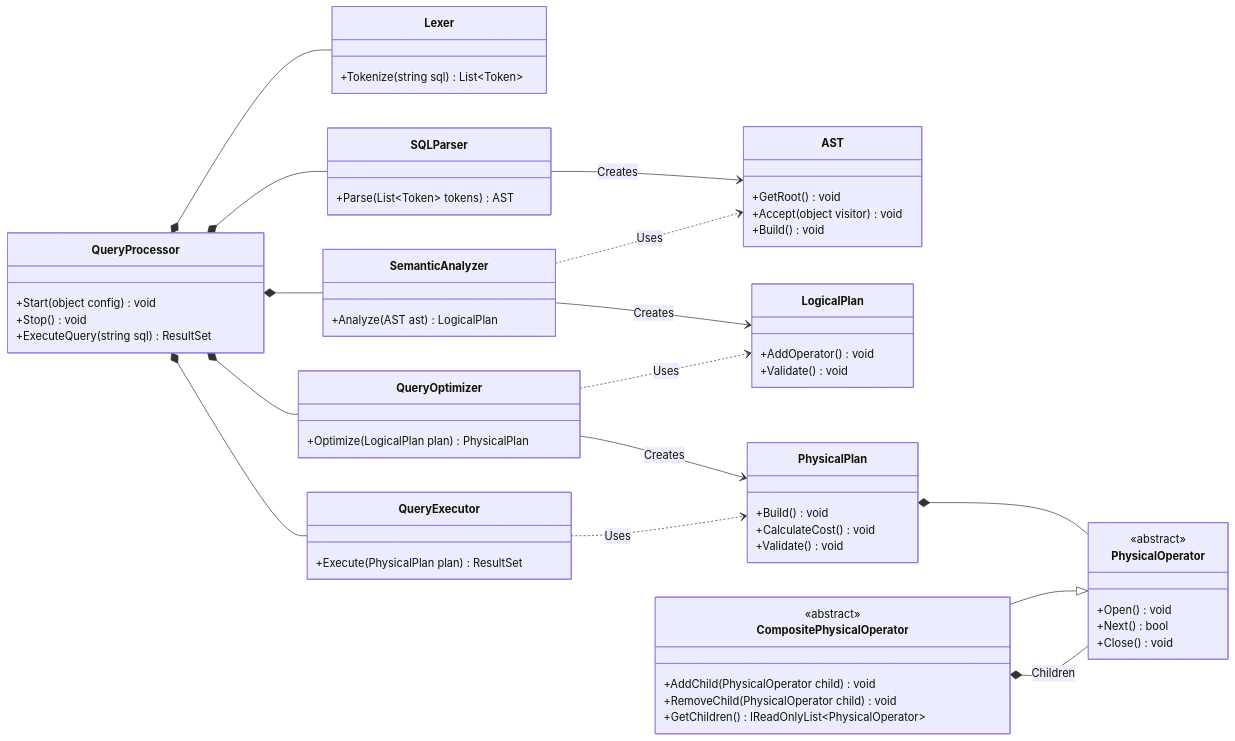
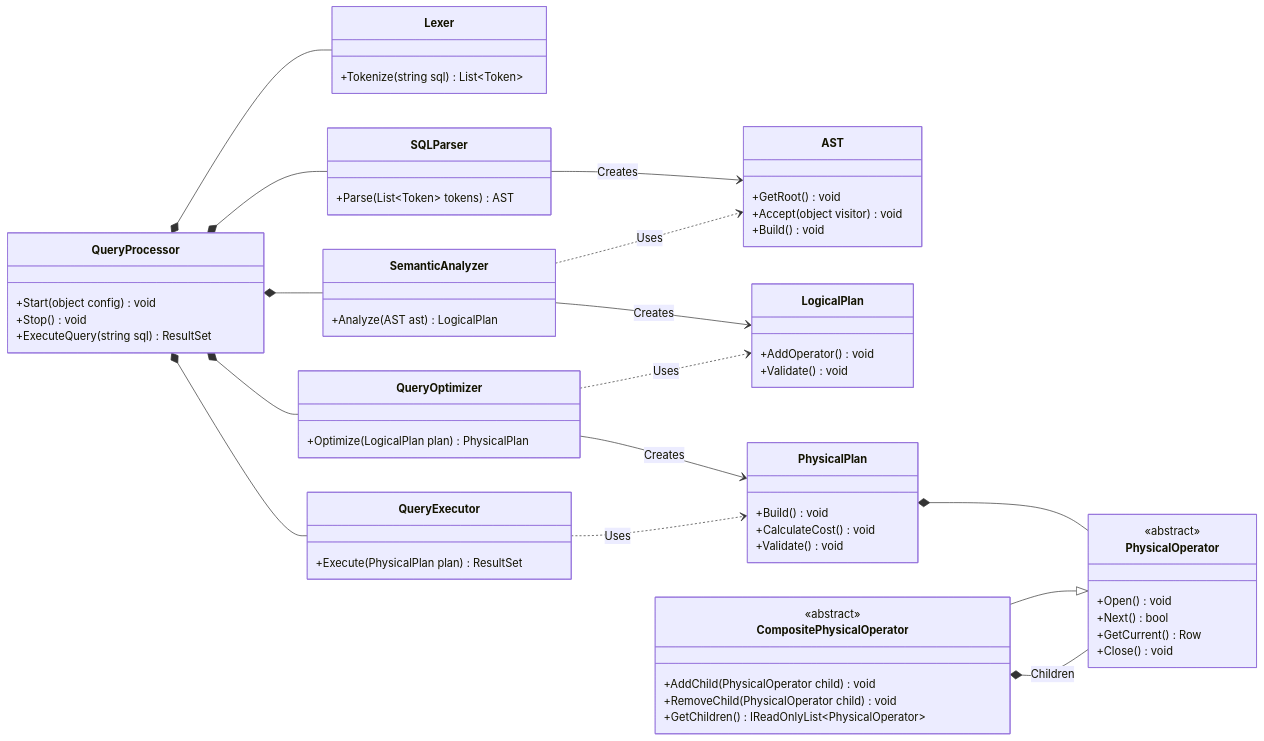
One commit to manaxpow/DBMS changed the fourth of 52 diagrams in README.md. Above: the diagram before and after it, drawn with Mermaid. The commit also changed 14 other files, not shown here.

````diff
--- a/README.md
+++ b/README.md
@@ -241,68 +241,69 @@
 ```mermaid
 classDiagram
     direction LR
     class QueryProcessor {
         +Start(object config) void
         +Stop() void
         +ExecuteQuery(string sql) ResultSet
     }
     class Lexer {
         +Tokenize(string sql) List~Token~
     }
     class SQLParser {
         +Parse(List~Token~ tokens) AST
     }
     class SemanticAnalyzer {
         +Analyze(AST ast) LogicalPlan
     }
     class QueryOptimizer {
         +Optimize(LogicalPlan plan) PhysicalPlan
     }
     class QueryExecutor {
         +Execute(PhysicalPlan plan) ResultSet
     }
     class AST {
         +GetRoot() void
         +Accept(object visitor) void
         +Build() void
     }
     class LogicalPlan {
         +AddOperator() void
         +Validate() void
     }
     class PhysicalPlan {
         +Build() void
         +CalculateCost() void
         +Validate() void
     }
     class PhysicalOperator {
         <<abstract>>
         +Open() void
         +Next() bool
+        +GetCurrent() Row
         +Close() void
     }
     class CompositePhysicalOperator {
         <<abstract>>
         +AddChild(PhysicalOperator child) void
         +RemoveChild(PhysicalOperator child) void
         +GetChildren() IReadOnlyList~PhysicalOperator~
     }
 
     QueryProcessor *-- Lexer
     QueryProcessor *-- SQLParser
     QueryProcessor *-- SemanticAnalyzer
     QueryProcessor *-- QueryOptimizer
     QueryProcessor *-- QueryExecutor
 
     SQLParser --> AST : Creates
     SemanticAnalyzer --> LogicalPlan : Creates
     QueryOptimizer --> PhysicalPlan : Creates
     
     SemanticAnalyzer ..> AST : Uses
     QueryOptimizer ..> LogicalPlan : Uses
     QueryExecutor ..> PhysicalPlan : Uses
     
     PhysicalPlan *-- PhysicalOperator
     CompositePhysicalOperator --|> PhysicalOperator
     CompositePhysicalOperator *-- PhysicalOperator : Children
 ```
````
